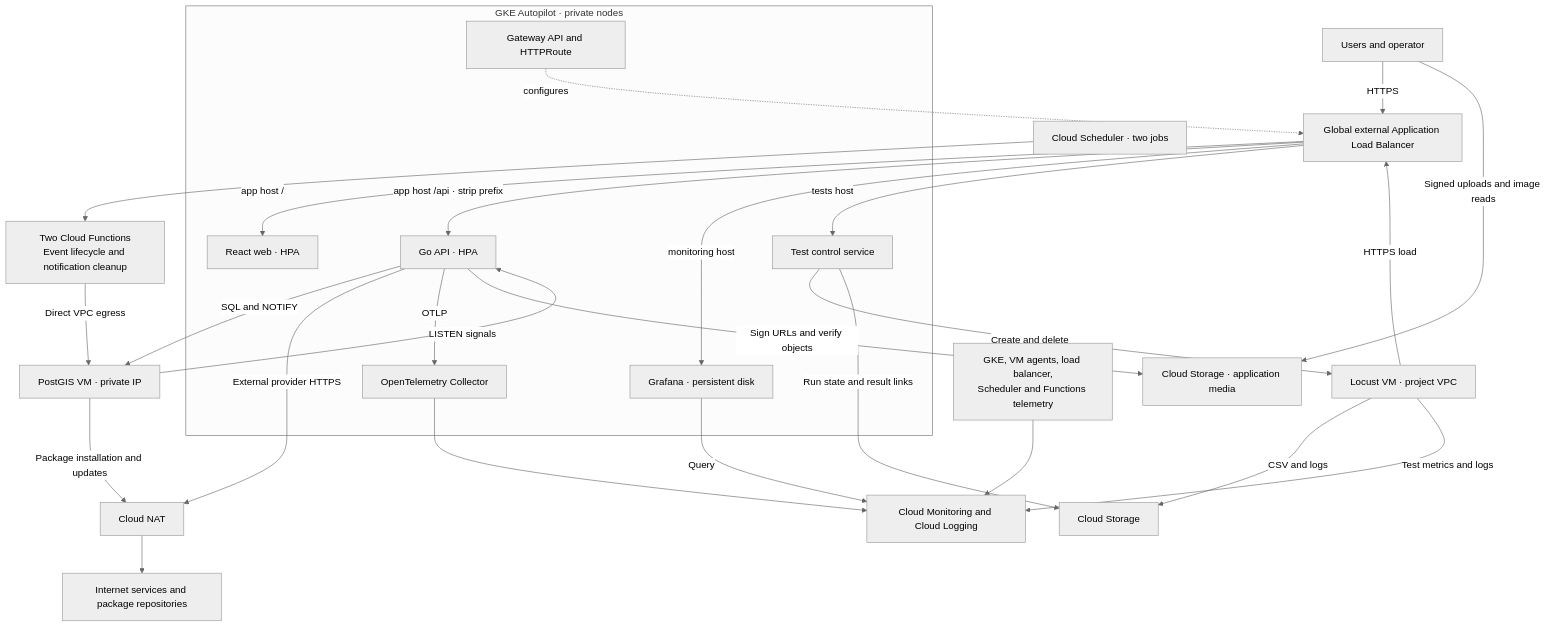
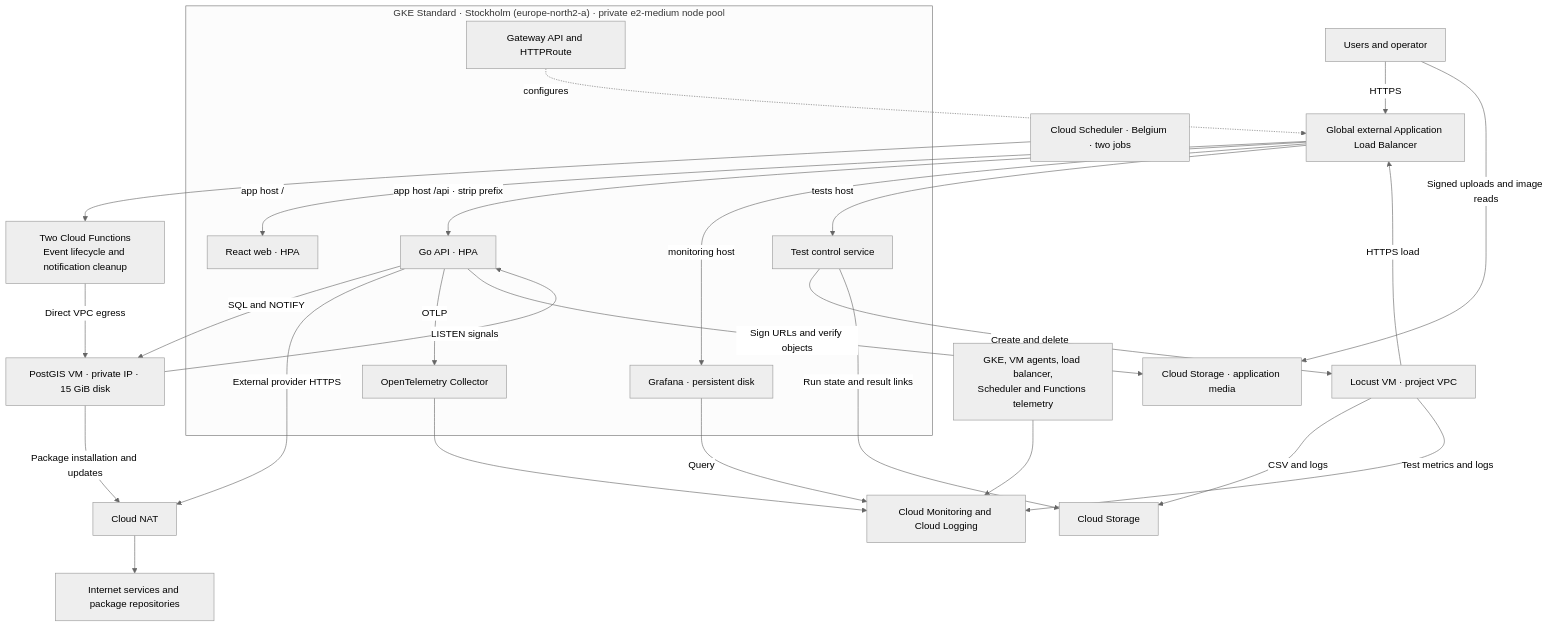
The diagram in docs/cmpe48a-phase-1.md (kaanunsel/social-event-mapper), drawn with Mermaid (neutral theme) before and after one commit. The commit also changed other lines of this file and 2 other files, not shown here.

Commit message:
docs: switch CMPE 48A phase 1 plan to GKE Standard mode

````diff
--- a/docs/cmpe48a-phase-1.md
+++ b/docs/cmpe48a-phase-1.md
@@ -11,35 +11,35 @@
 ```mermaid
 flowchart TB
     Client["Users and operator"] -->|HTTPS| LB["Global external Application Load Balancer"]
-    subgraph GKE["GKE Autopilot · private nodes"]
+    subgraph GKE["GKE Standard · Stockholm (europe-north2-a) · private e2-medium node pool"]
         Route["Gateway API and HTTPRoute"]
         Web["React web · HPA"]
         API["Go API · HPA"]
         Grafana["Grafana · persistent disk"]
         Control["Test control service"]
         Collector["OpenTelemetry Collector"]
     end
     Route -. configures .-> LB
     LB -->|"app host /"| Web
     LB -->|"app host /api · strip prefix"| API
     LB -->|"monitoring host"| Grafana
     LB -->|"tests host"| Control
-    API -->|"SQL and NOTIFY"| DB["PostGIS VM · private IP"]
+    API -->|"SQL and NOTIFY"| DB["PostGIS VM · private IP · 15 GiB disk"]
     DB -->|"LISTEN signals"| API
     API -->|"External provider HTTPS"| NAT["Cloud NAT"]
     DB -->|"Package installation and updates"| NAT
     NAT --> Internet["Internet services and package repositories"]
-    Scheduler["Cloud Scheduler · two jobs"] --> Functions["Two Cloud Functions<br/>Event lifecycle and notification cleanup"]
+    Scheduler["Cloud Scheduler · Belgium · two jobs"] --> Functions["Two Cloud Functions<br/>Event lifecycle and notification cleanup"]
     Functions -->|Direct VPC egress| DB
     Control -->|"Create and delete"| Runner["Locust VM · project VPC"]
     Runner -->|HTTPS load| LB
     Runner -->|"CSV and logs"| Storage["Cloud Storage"]
     Control -->|"Run state and result links"| Storage
     API -->|OTLP| Collector
     Collector --> Obs["Cloud Monitoring and Cloud Logging"]
     Runner -->|"Test metrics and logs"| Obs
     Platform["GKE, VM agents, load balancer,<br/>Scheduler and Functions telemetry"] --> Obs
     Grafana -->|Query| Obs
     Client -->|"Signed uploads and image reads"| Media["Cloud Storage · application media"]
     API -->|"Sign URLs and verify objects"| Media
 ```
````
